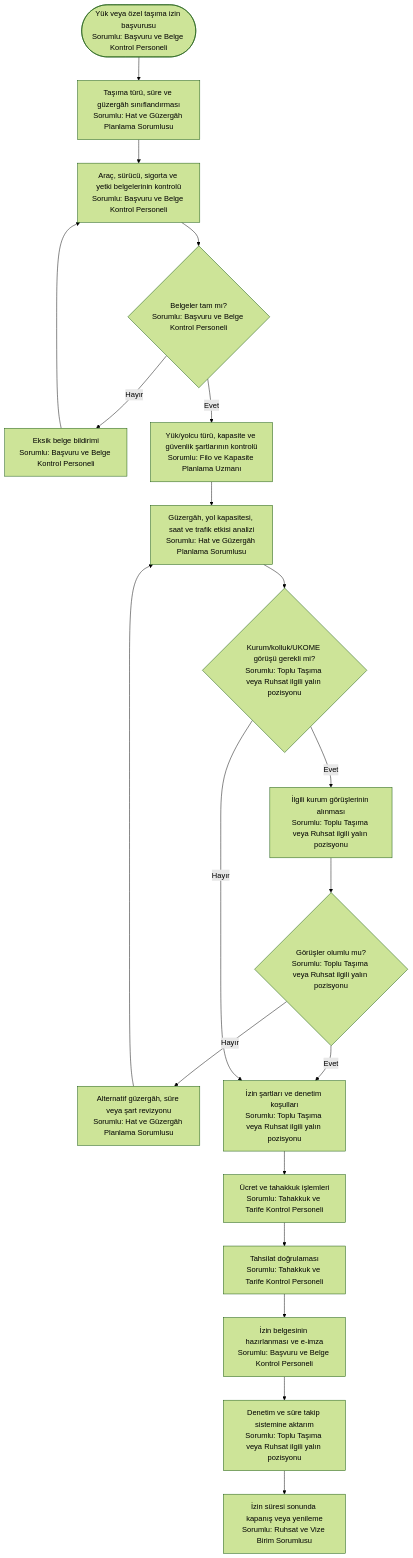
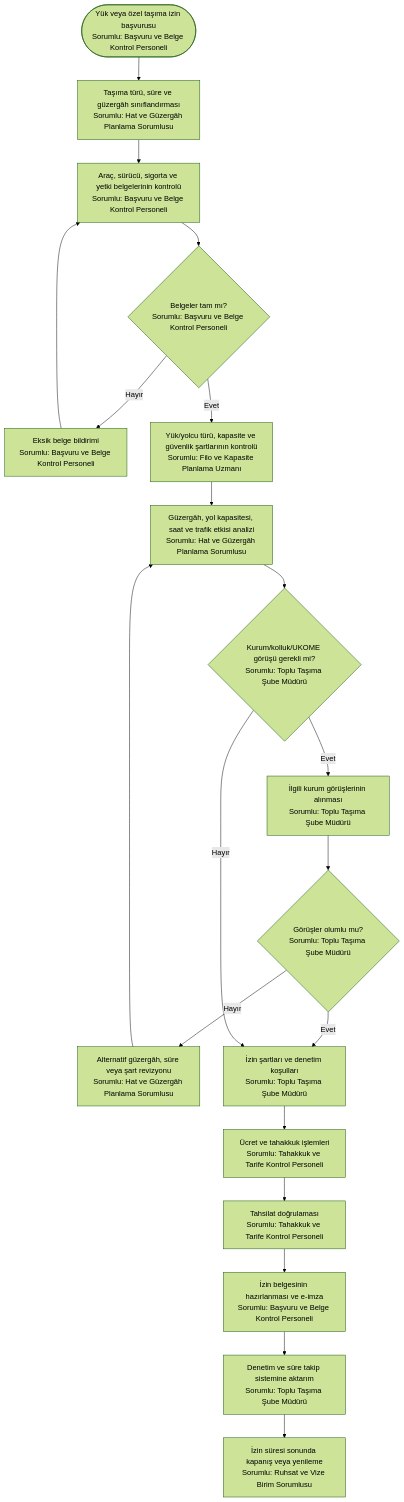
One commit to merdaergen-create/Ulasim_Dairesi_Is_Analizi changed the third of 4 diagrams in 11_yalin_surec_haritalari_sorumlulari_belirtilmis/toplu_ulasim/ek_surecler.md. Above: the diagram before and after it, drawn with Mermaid (forest theme). The commit also changed other lines of this file and 9 other files, not shown here.

Commit message:
Yalın süreç haritalarını koruyarak kesin sorumlu pozisyonları ekle

````diff
--- a/11_yalin_surec_haritalari_sorumlulari_belirtilmis/toplu_ulasim/ek_surecler.md
+++ b/11_yalin_surec_haritalari_sorumlulari_belirtilmis/toplu_ulasim/ek_surecler.md
@@ -90,22 +90,22 @@
 ```mermaid
 flowchart TD
     A([Yük veya özel taşıma izin başvurusu<br/>Sorumlu: Başvuru ve Belge Kontrol Personeli]) --> B[Taşıma türü, süre ve güzergâh sınıflandırması<br/>Sorumlu: Hat ve Güzergâh Planlama Sorumlusu]
     B --> C[Araç, sürücü, sigorta ve yetki belgelerinin kontrolü<br/>Sorumlu: Başvuru ve Belge Kontrol Personeli]
     C --> D{Belgeler tam mı?<br/>Sorumlu: Başvuru ve Belge Kontrol Personeli}
     D -- Hayır --> E[Eksik belge bildirimi<br/>Sorumlu: Başvuru ve Belge Kontrol Personeli]
     E --> C
     D -- Evet --> F[Yük/yolcu türü, kapasite ve güvenlik şartlarının kontrolü<br/>Sorumlu: Filo ve Kapasite Planlama Uzmanı]
     F --> G[Güzergâh, yol kapasitesi, saat ve trafik etkisi analizi<br/>Sorumlu: Hat ve Güzergâh Planlama Sorumlusu]
-    G --> H{Kurum/kolluk/UKOME görüşü gerekli mi?<br/>Sorumlu: Toplu Taşıma veya Ruhsat ilgili yalın pozisyonu}
-    H -- Evet --> I[İlgili kurum görüşlerinin alınması<br/>Sorumlu: Toplu Taşıma veya Ruhsat ilgili yalın pozisyonu]
-    I --> J{Görüşler olumlu mu?<br/>Sorumlu: Toplu Taşıma veya Ruhsat ilgili yalın pozisyonu}
+    G --> H{Kurum/kolluk/UKOME görüşü gerekli mi?<br/>Sorumlu: Toplu Taşıma Şube Müdürü}
+    H -- Evet --> I[İlgili kurum görüşlerinin alınması<br/>Sorumlu: Toplu Taşıma Şube Müdürü]
+    I --> J{Görüşler olumlu mu?<br/>Sorumlu: Toplu Taşıma Şube Müdürü}
     J -- Hayır --> K[Alternatif güzergâh, süre veya şart revizyonu<br/>Sorumlu: Hat ve Güzergâh Planlama Sorumlusu]
     K --> G
-    J -- Evet --> L[İzin şartları ve denetim koşulları<br/>Sorumlu: Toplu Taşıma veya Ruhsat ilgili yalın pozisyonu]
+    J -- Evet --> L[İzin şartları ve denetim koşulları<br/>Sorumlu: Toplu Taşıma Şube Müdürü]
     H -- Hayır --> L
     L --> M[Ücret ve tahakkuk işlemleri<br/>Sorumlu: Tahakkuk ve Tarife Kontrol Personeli]
     M --> N[Tahsilat doğrulaması<br/>Sorumlu: Tahakkuk ve Tarife Kontrol Personeli]
     N --> O[İzin belgesinin hazırlanması ve e-imza<br/>Sorumlu: Başvuru ve Belge Kontrol Personeli]
-    O --> P[Denetim ve süre takip sistemine aktarım<br/>Sorumlu: Toplu Taşıma veya Ruhsat ilgili yalın pozisyonu]
+    O --> P[Denetim ve süre takip sistemine aktarım<br/>Sorumlu: Toplu Taşıma Şube Müdürü]
     P --> Q[İzin süresi sonunda kapanış veya yenileme<br/>Sorumlu: Ruhsat ve Vize Birim Sorumlusu]
 ```
````
